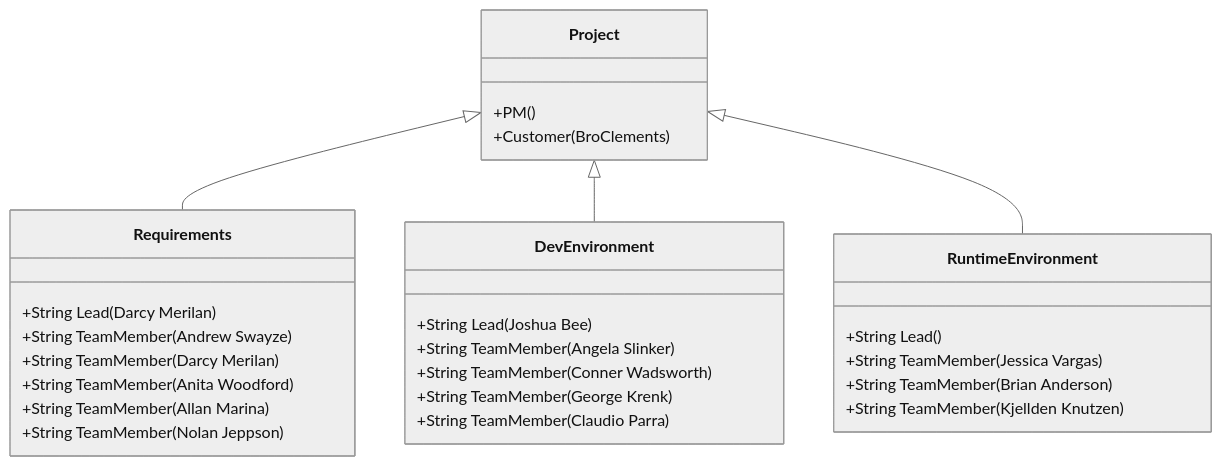
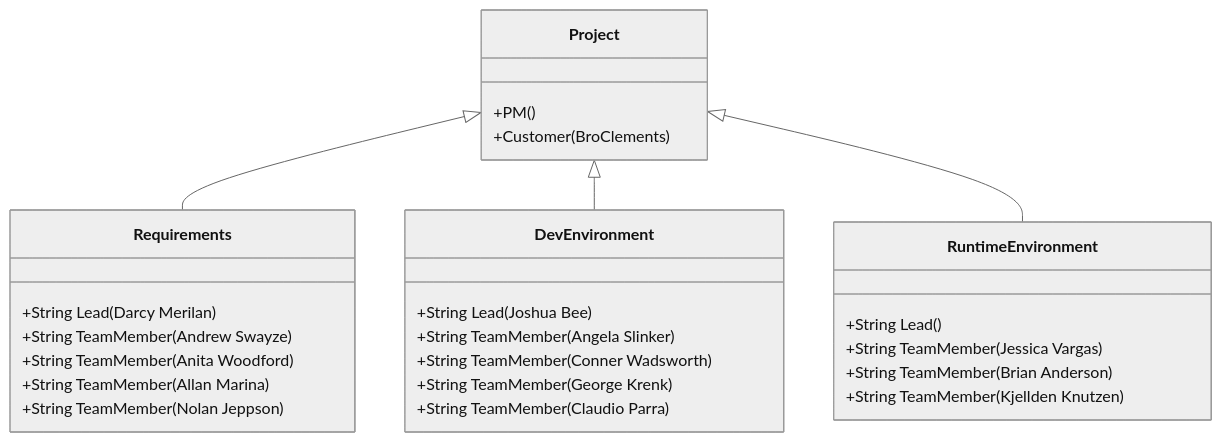
One commit to byui-cse397/2024WinCSE490PCP changed the first of 2 diagrams in ProjectManagement/OrganizationChart/OrganizationChart.md. Above: the diagram before and after it, drawn with Mermaid (neutral theme).

````diff
--- a/ProjectManagement/OrganizationChart/OrganizationChart.md
+++ b/ProjectManagement/OrganizationChart/OrganizationChart.md
@@ -2,29 +2,28 @@
 ```mermaid
 classDiagram
       Project <|-- Requirements
       Project <|-- DevEnvironment
       Project <|-- RuntimeEnvironment
       Project : +PM()
       Project : +Customer(BroClements)
       class Requirements{
           +String Lead(Darcy Merilan)
           +String TeamMember(Andrew Swayze)
-          +String TeamMember(Darcy Merilan)
           +String TeamMember(Anita Woodford)
           +String TeamMember(Allan Marina)
           +String TeamMember(Nolan Jeppson)
       }
       class DevEnvironment{
           +String Lead(Joshua Bee)
           +String TeamMember(Angela Slinker)
           +String TeamMember(Conner Wadsworth)
           +String TeamMember(George Krenk)
           +String TeamMember(Claudio Parra)
       }
       class RuntimeEnvironment{
           +String Lead()
           +String TeamMember(Jessica Vargas)
           +String TeamMember(Brian Anderson)
           +String TeamMember(Kjellden Knutzen)
       }
 ```
````
